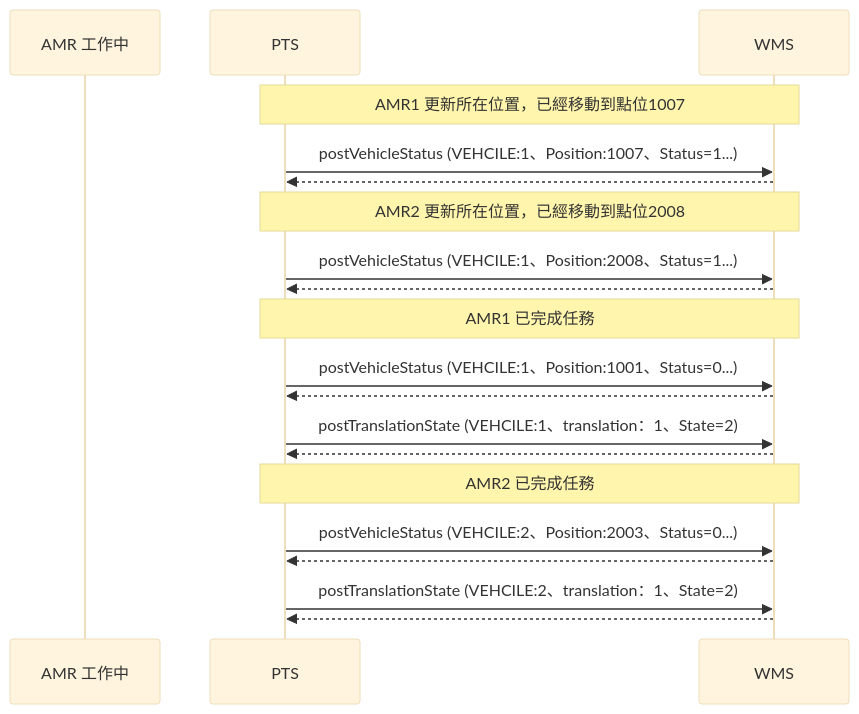
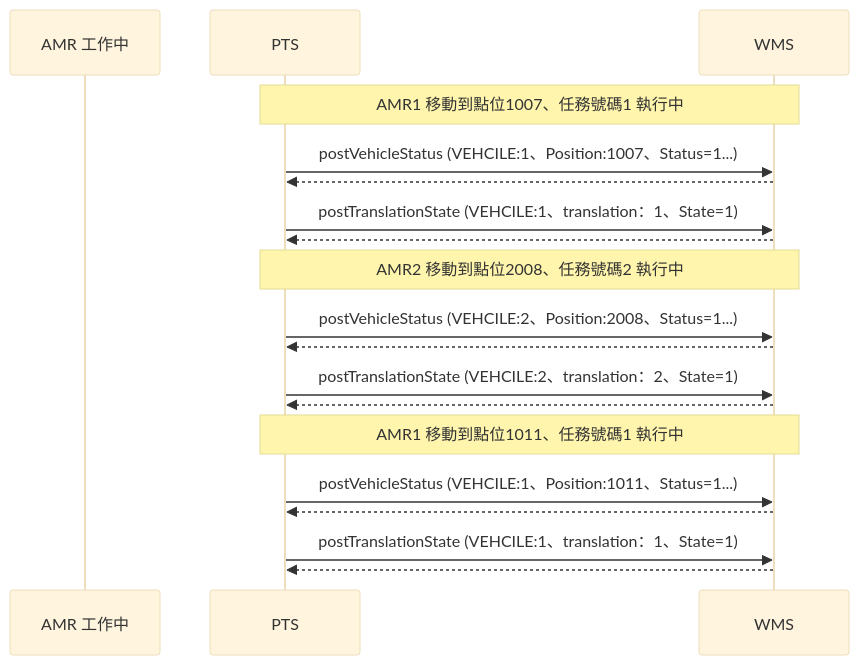
The seventh of 8 diagrams in README.md (athena-tircgo/amr-wms-lsj), drawn with Mermaid (base theme) before and after one commit. The commit also changed other lines of this file, not shown here.

````diff
--- a/README.md
+++ b/README.md
@@ -378,28 +380,26 @@
 ```mermaid
 sequenceDiagram
     participant AMR 工作中
     participant PTS
     participant WMS
 
 
-note over PTS,WMS: AMR1 更新所在位置，已經移動到點位1007
+note over PTS,WMS: AMR1 移動到點位1007、任務號碼1 執行中
      PTS->>WMS: postVehicleStatus (VEHCILE:1、Position:1007、Status=1...)
      WMS-->>PTS:
-
-note over PTS,WMS: AMR2 更新所在位置，已經移動到點位2008
-     PTS->>WMS: postVehicleStatus (VEHCILE:1、Position:2008、Status=1...)
+     PTS->>WMS: postTranslationState (VEHCILE:1、translation：1、State=1)
      WMS-->>PTS:
 
-note over PTS,WMS: AMR1 已完成任務
-     PTS->>WMS: postVehicleStatus (VEHCILE:1、Position:1001、Status=0...)
+note over PTS,WMS: AMR2 移動到點位2008、任務號碼2 執行中
+     PTS->>WMS: postVehicleStatus (VEHCILE:2、Position:2008、Status=1...)
      WMS-->>PTS:
-     PTS->>WMS: postTranslationState (VEHCILE:1、translation：1、State=2)
+     PTS->>WMS: postTranslationState (VEHCILE:2、translation：2、State=1)
      WMS-->>PTS:
 
-note over PTS,WMS: AMR2 已完成任務
-     PTS->>WMS: postVehicleStatus (VEHCILE:2、Position:2003、Status=0...)
+note over PTS,WMS: AMR1 移動到點位1011、任務號碼1 執行中
+     PTS->>WMS: postVehicleStatus (VEHCILE:1、Position:1011、Status=1...)
      WMS-->>PTS:
-     PTS->>WMS: postTranslationState (VEHCILE:2、translation：1、State=2)
+     PTS->>WMS: postTranslationState (VEHCILE:1、translation：1、State=1)
      WMS-->>PTS:
 
 ```
````
